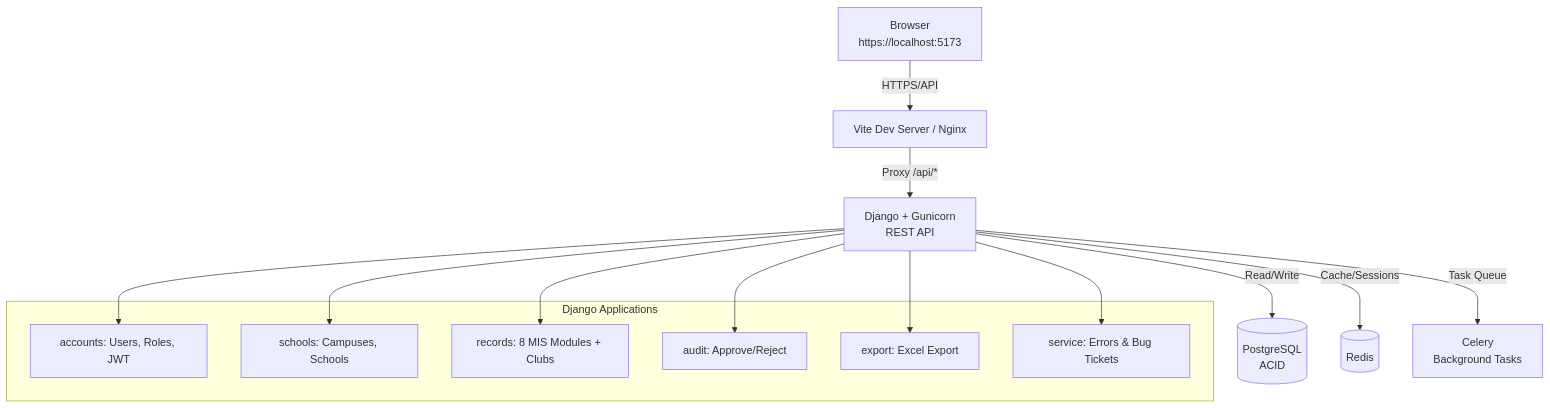
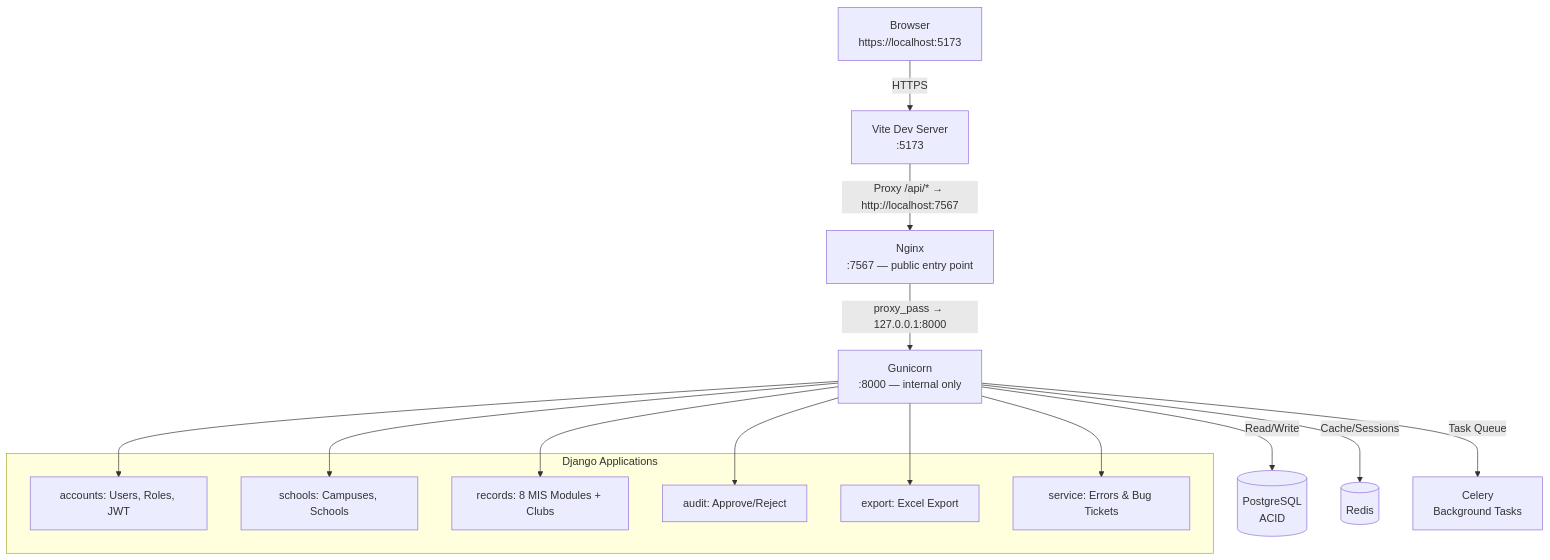
One commit to aarushchaudhary/nmpralekh changed the first of 5 diagrams in README.md. Above: the diagram before and after it, drawn with Mermaid. The commit also changed other lines of this file and 15 other files, not shown here.

````diff
--- a/README.md
+++ b/README.md
@@ -25,25 +26,26 @@
 ```mermaid
 graph TD
-    A[Browser<br>https://localhost:5173] -->|HTTPS/API| B[Vite Dev Server / Nginx]
-    B -->|Proxy /api/*| C[Django + Gunicorn<br>REST API]
+    A["Browser<br>https://localhost:5173"] -->|HTTPS| B["Vite Dev Server<br>:5173"]
+    B -->|"Proxy /api/* → http://localhost:7567"| N["Nginx<br>:7567 — public entry point"]
+    N -->|"proxy_pass → 127.0.0.1:8000"| C["Gunicorn<br>:8000 — internal only"]
     
     subgraph Django Applications
         D1[accounts: Users, Roles, JWT]
         D2[schools: Campuses, Schools]
         D3[records: 8 MIS Modules + Clubs]
         D4[audit: Approve/Reject]
         D5[export: Excel Export]
         D6[service: Errors & Bug Tickets]
     end
     
     C --> D1
     C --> D2
     C --> D3
     C --> D4
     C --> D5
     C --> D6
     
     C -->|Read/Write| DB[(PostgreSQL<br>ACID)]
     C -->|Cache/Sessions| Cache[(Redis)]
     C -->|Task Queue| Worker[Celery<br>Background Tasks]
 ```
````
